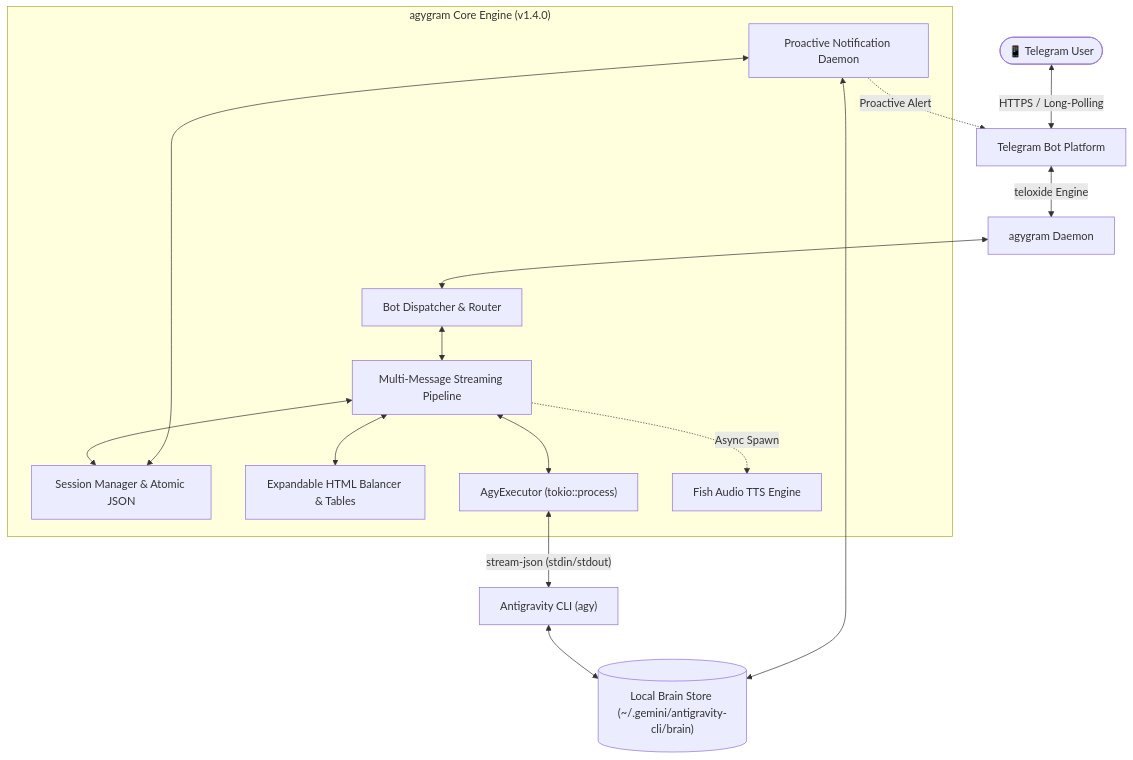
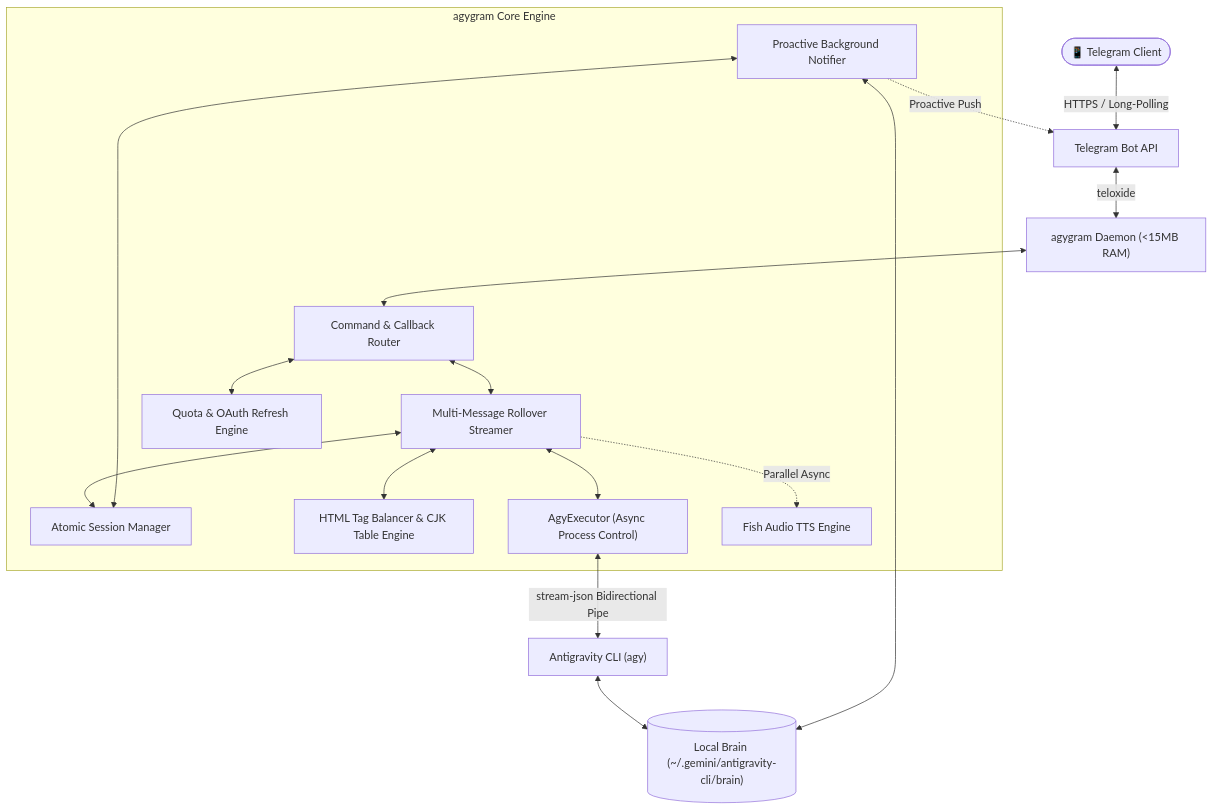
The diagram in README.md (d3intran/agygram), drawn with Mermaid before and after one commit. The commit also changed other lines of this file and 10 other files, not shown here.

Commit message:
chore(release): generalize TTS & paths, overhaul docs with 30s binary setup, fix quota callback (v1.4.6)

````diff
--- a/README.md
+++ b/README.md
@@ -75,28 +131,30 @@
 ```mermaid
 flowchart TD
-    User(["📱 Telegram User"]) <-->|HTTPS / Long-Polling| BotAPI["Telegram Bot Platform"]
-    BotAPI <-->|teloxide Engine| Daemon["agygram Daemon"]
+    User(["📱 Telegram Client"]) <-->|HTTPS / Long-Polling| BotAPI["Telegram Bot API"]
+    BotAPI <-->|teloxide| Daemon["agygram Daemon (<15MB RAM)"]
 
-    subgraph agygram_Core ["agygram Core Engine (v1.4.0)"]
-        Dispatcher["Bot Dispatcher & Router"]
-        Pipeline["Multi-Message Streaming Pipeline"]
-        SessionMgr["Session Manager & Atomic JSON"]
-        Formatter["Expandable HTML Balancer & Tables"]
-        Executor["AgyExecutor (tokio::process)"]
-        Notifier["Proactive Notification Daemon"]
+    subgraph agygram_Core ["agygram Core Engine"]
+        Dispatcher["Command & Callback Router"]
+        Pipeline["Multi-Message Rollover Streamer"]
+        SessionMgr["Atomic Session Manager"]
+        Formatter["HTML Tag Balancer & CJK Table Engine"]
+        Executor["AgyExecutor (Async Process Control)"]
+        Notifier["Proactive Background Notifier"]
+        Quota["Quota & OAuth Refresh Engine"]
         TTS["Fish Audio TTS Engine"]
     end
 
     Daemon <--> Dispatcher
     Dispatcher <--> Pipeline
+    Dispatcher <--> Quota
     Pipeline <--> SessionMgr
     Pipeline <--> Formatter
     Pipeline <--> Executor
-    Pipeline -.->|Async Spawn| TTS
+    Pipeline -.->|Parallel Async| TTS
     Notifier <--> SessionMgr
-    Notifier -.->|Proactive Alert| BotAPI
+    Notifier -.->|Proactive Push| BotAPI
 
-    Executor <-->|"stream-json (stdin/stdout)"| AgyCLI["Antigravity CLI (agy)"]
-    AgyCLI <--> BrainStore[("Local Brain Store (~/.gemini/antigravity-cli/brain)")]
+    Executor <-->|"stream-json Bidirectional Pipe"| AgyCLI["Antigravity CLI (agy)"]
+    AgyCLI <--> BrainStore[("Local Brain (~/.gemini/antigravity-cli/brain)")]
     Notifier <--> BrainStore
 ```
````
